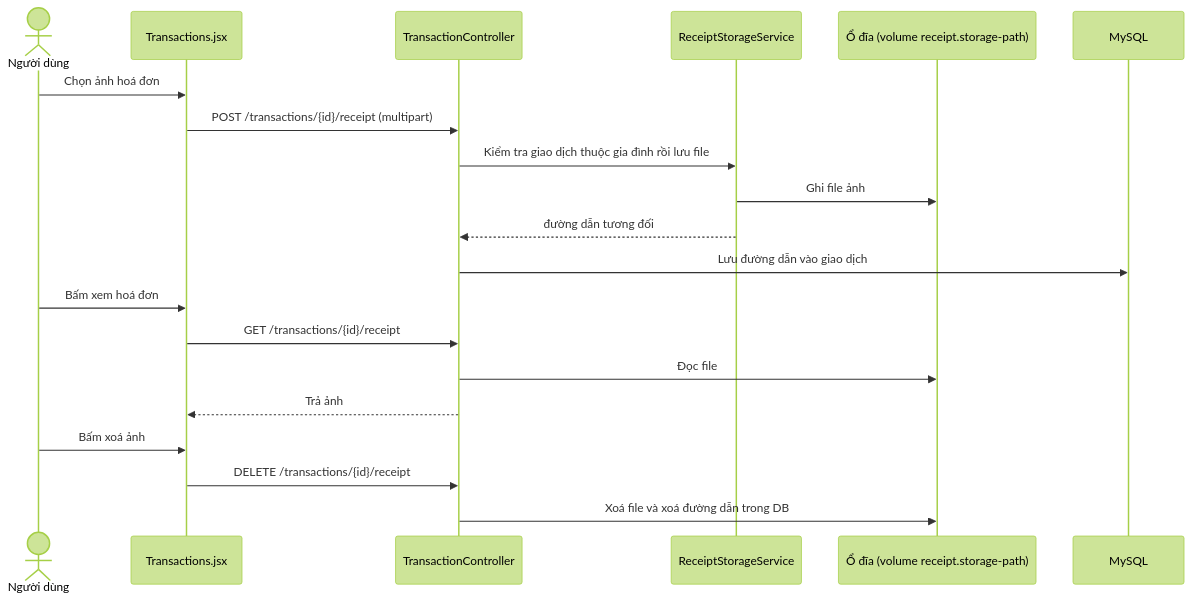
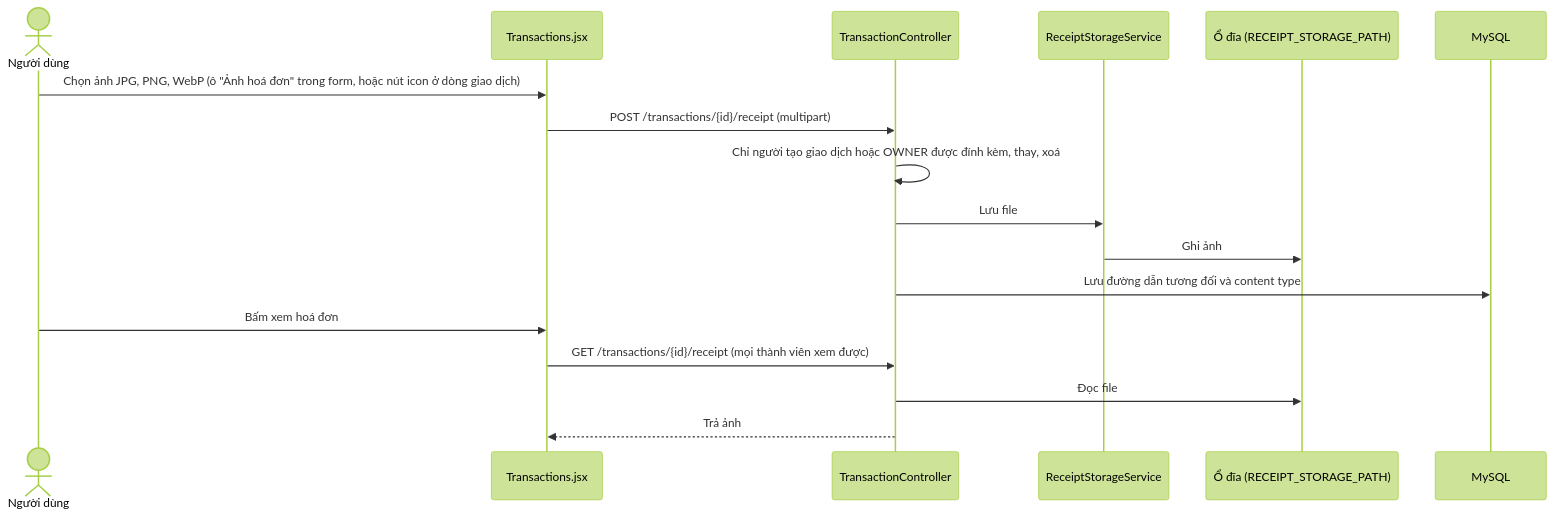
One commit to boyquynhluu/family-expense-manager changed the ninth of 33 diagrams in README.md. Above: the diagram before and after it, drawn with Mermaid (forest theme). The commit also changed other lines of this file and 1 other file, not shown here.

````diff
--- a/README.md
+++ b/README.md
@@ -421,23 +389,20 @@
 ```mermaid
 sequenceDiagram
     actor U as Người dùng
     participant FE as Transactions.jsx
     participant TC as TransactionController
     participant RS as ReceiptStorageService
-    participant Disk as Ổ đĩa (volume receipt.storage-path)
+    participant Disk as Ổ đĩa (RECEIPT_STORAGE_PATH)
     participant DB as MySQL
 
-    U->>FE: Chọn ảnh hoá đơn
+    U->>FE: Chọn ảnh JPG, PNG, WebP (ô "Ảnh hoá đơn" trong form, hoặc nút icon ở dòng giao dịch)
     FE->>TC: POST /transactions/{id}/receipt (multipart)
-    TC->>RS: Kiểm tra giao dịch thuộc gia đình rồi lưu file
-    RS->>Disk: Ghi file ảnh
-    RS-->>TC: đường dẫn tương đối
-    TC->>DB: Lưu đường dẫn vào giao dịch
+    TC->>TC: Chỉ người tạo giao dịch hoặc OWNER được đính kèm, thay, xoá
+    TC->>RS: Lưu file
+    RS->>Disk: Ghi ảnh
+    TC->>DB: Lưu đường dẫn tương đối và content type
     U->>FE: Bấm xem hoá đơn
-    FE->>TC: GET /transactions/{id}/receipt
+    FE->>TC: GET /transactions/{id}/receipt (mọi thành viên xem được)
     TC->>Disk: Đọc file
     TC-->>FE: Trả ảnh
-    U->>FE: Bấm xoá ảnh
-    FE->>TC: DELETE /transactions/{id}/receipt
-    TC->>Disk: Xoá file và xoá đường dẫn trong DB
 ```
````
